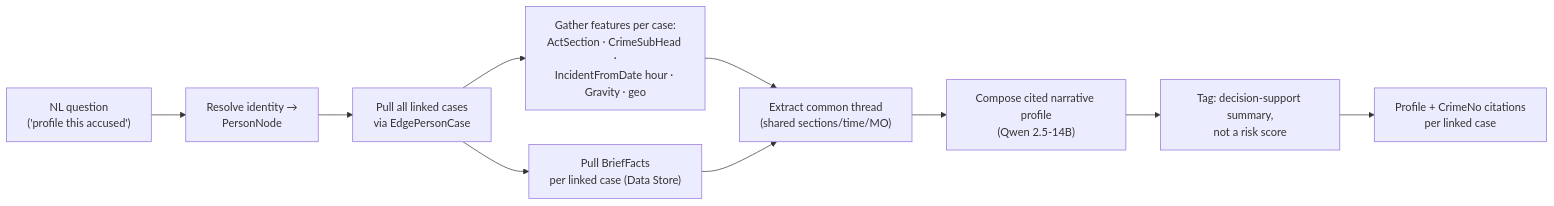
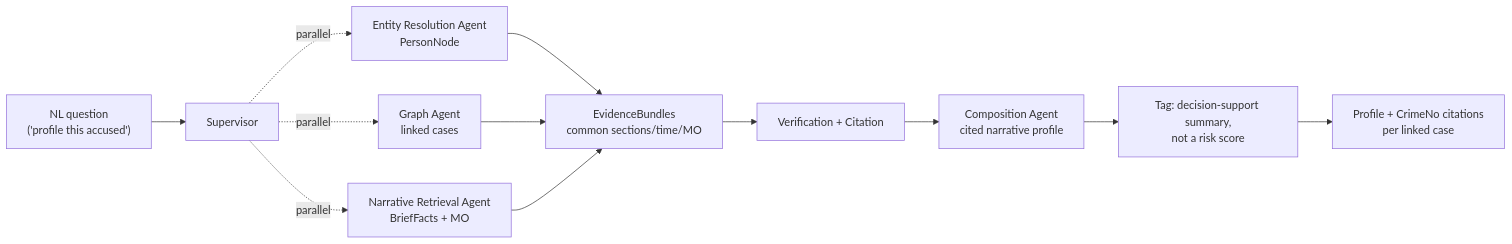
The sixth of 8 diagrams in PLAN.md (SHYAMSUNDAR2396/ksp-crime-copilot), drawn with Mermaid before and after one commit. The commit also changed other lines of this file and 1 other file, not shown here.

````diff
--- a/PLAN.md
+++ b/PLAN.md
@@ -257,12 +339,12 @@
 ```mermaid
 flowchart LR
-  Q["NL question<br/>('profile this accused')"] --> RES["Resolve identity →<br/>PersonNode"]
-  RES --> LINK["Pull all linked cases<br/>via EdgePersonCase"]
-  LINK --> FEAT["Gather features per case:<br/>ActSection · CrimeSubHead ·<br/>IncidentFromDate hour · Gravity · geo"]
-  LINK --> TEXT["Pull BriefFacts<br/>per linked case (Data Store)"]
-  FEAT --> COMMON["Extract common thread<br/>(shared sections/time/MO)"]
-  TEXT --> COMMON
-  COMMON --> COMP["Compose cited narrative profile<br/>(Qwen 2.5-14B)"]
+  Q["NL question<br/>('profile this accused')"] --> SUP["Supervisor"]
+  SUP -. parallel .-> RES["Entity Resolution Agent<br/>PersonNode"]
+  SUP -. parallel .-> LINK["Graph Agent<br/>linked cases"]
+  SUP -. parallel .-> TEXT["Narrative Retrieval Agent<br/>BriefFacts + MO"]
+  RES & LINK & TEXT --> COMMON["EvidenceBundles<br/>common sections/time/MO"]
+  COMMON --> VERIFY["Verification + Citation"]
+  VERIFY --> COMP["Composition Agent<br/>cited narrative profile"]
   COMP --> FLAG["Tag: decision-support summary,<br/>not a risk score"]
   FLAG --> OUT["Profile + CrimeNo citations<br/>per linked case"]
 ```
````
